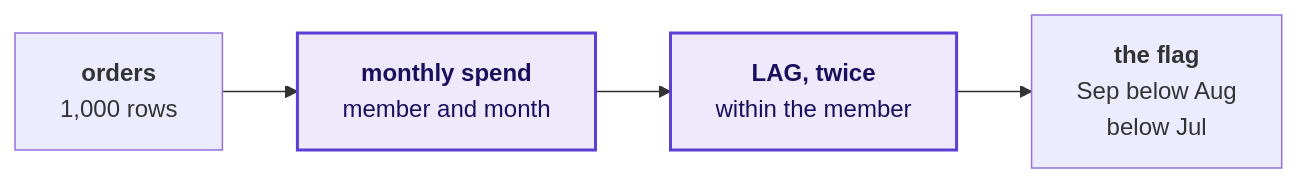
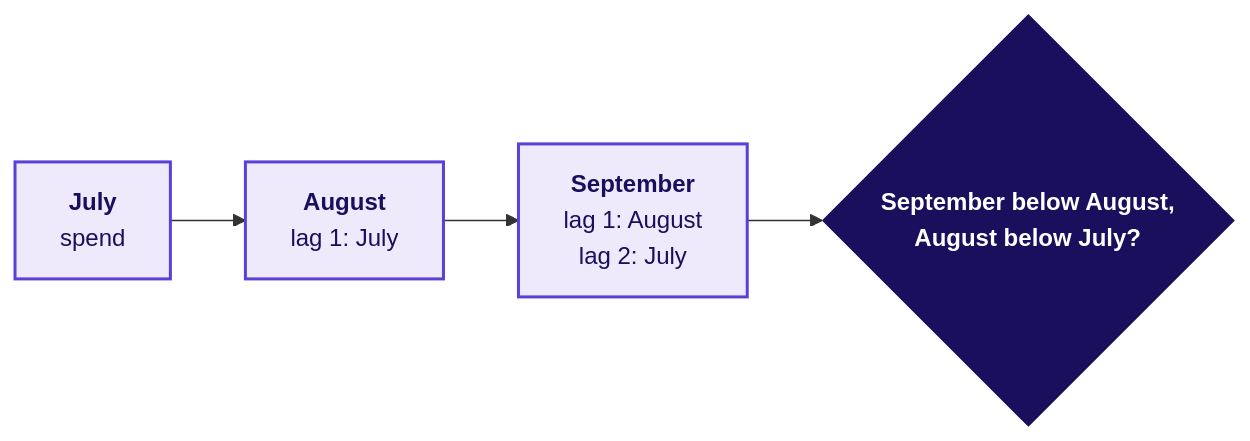
One commit to fde-academy-lab/c2-content-factory changed diagram 15 of 20 in content/W02/D3/slides/C2_W02_D03_half1_STUDENT.md. Above: the diagram before and after it, drawn with Mermaid. The commit also changed other lines of this file and 3 other files, not shown here.

````diff
--- a/content/W02/D3/slides/C2_W02_D03_half1_STUDENT.md
+++ b/content/W02/D3/slides/C2_W02_D03_half1_STUDENT.md
@@ -690,8 +1143,10 @@
 ```mermaid
 flowchart LR
-    O["<b>orders</b><br/>1,000 rows"] --> M["<b>monthly spend</b><br/>member and month"]
-    M --> L["<b>LAG, twice</b><br/>within the member"]
-    L --> F["<b>the flag</b><br/>Sep below Aug<br/>below Jul"]
+    J["<b>July</b><br/>spend"] --> A["<b>August</b><br/>lag 1: July"]
+    A --> S["<b>September</b><br/>lag 1: August<br/>lag 2: July"]
+    S --> F{"<b>September below August,<br/>August below July?</b>"}
     classDef known fill:#EEEAFB,stroke:#5B3FD6,color:#1A0F5C,stroke-width:2px
-    class M,L known
+    classDef bet fill:#1A0F5C,stroke:#1A0F5C,color:#FFFFFF
+    class J,A,S known
+    class F bet
 ```
````
